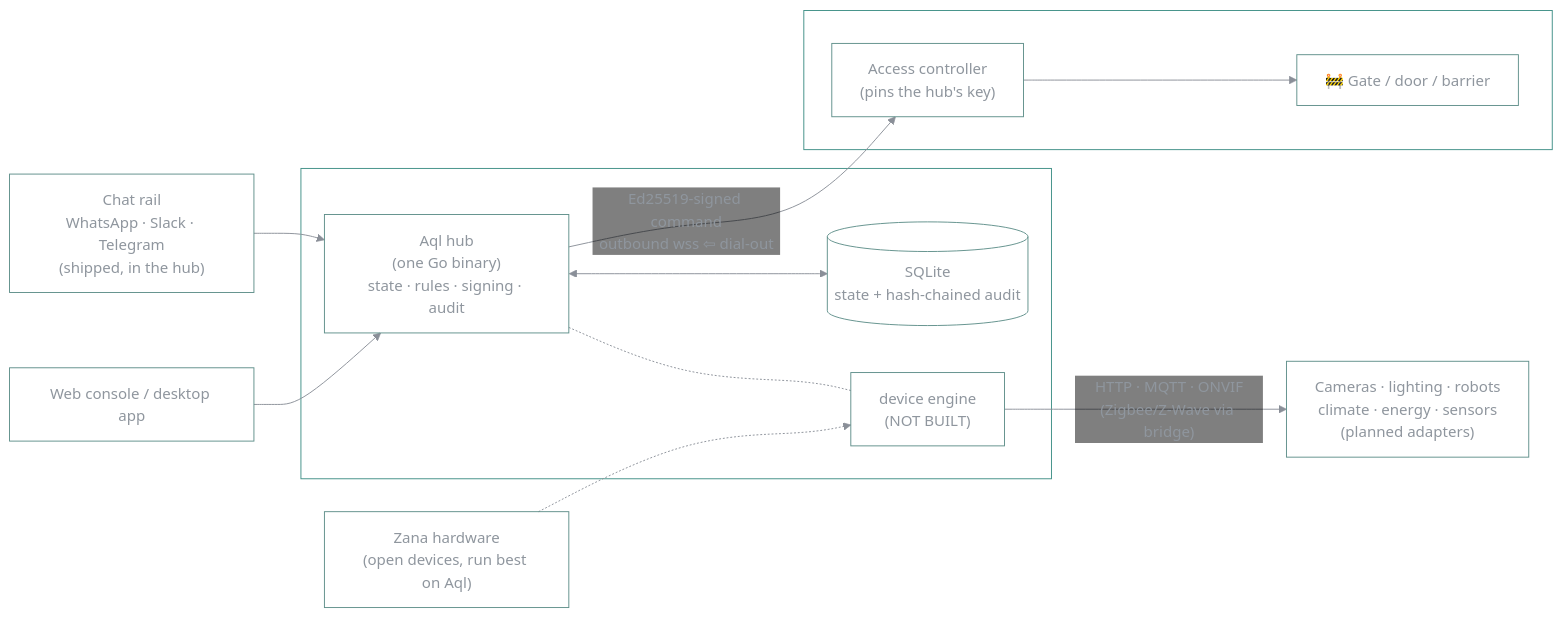
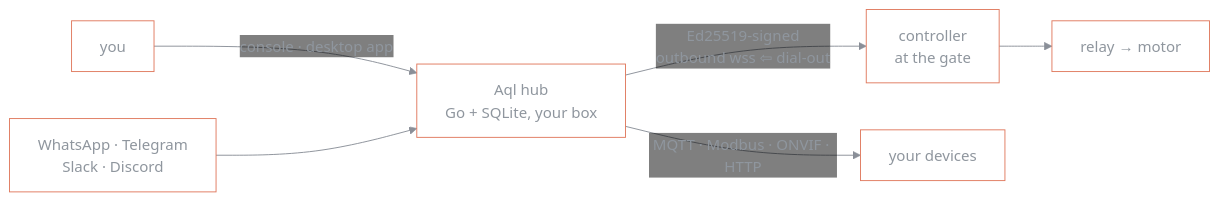
Before and after one commit to vul-os/aql: the diagram in README.md, drawn with Mermaid. The commit also changed other lines of this file and 3 other files, not shown here.

````diff
--- a/README.md
+++ b/README.md
@@ -318,25 +57,10 @@
 ```mermaid
-%%{init: {'theme':'base','themeVariables':{'fontFamily':'ui-monospace, SFMono-Regular, Menlo, monospace','primaryColor':'transparent','primaryBorderColor':'#14b8a6','primaryTextColor':'#8f969e','lineColor':'#8a8f98','nodeBorder':'#5f8f8a','edgeLabelBackground':'transparent','clusterBorder':'#3f8f86','clusterBkg':'transparent'}}}%%
+%%{init: {'theme':'base','themeVariables':{'fontFamily':'ui-monospace, SFMono-Regular, Menlo, monospace','primaryColor':'transparent','primaryBorderColor':'#D0471F','primaryTextColor':'#8f969e','lineColor':'#8a8f98','nodeBorder':'#E07A5F','edgeLabelBackground':'transparent'}}}%%
 flowchart LR
-    chat["Chat rail<br/>WhatsApp · Slack · Telegram<br/>(shipped, in the hub)"]
-    console["Web console / desktop app"]
-    subgraph box["your box"]
-        hub["Aql hub<br/>(one Go binary)<br/>state · rules · signing · audit"]
-        db[("SQLite<br/>state + hash-chained audit")]
-        eng["device engine<br/>(NOT BUILT)"]
-        hub <--> db
-        hub -.- eng
-    end
-    subgraph edge["your devices"]
-        ctl["Access controller<br/>(pins the hub's key)"]
-        motor["🚧 Gate / door / barrier"]
-        ctl --> motor
-    end
-    future["Cameras · lighting · robots<br/>climate · energy · sensors<br/>(planned adapters)"]
-    chat --> hub
-    console --> hub
-    hub -->|"Ed25519-signed command<br/>outbound wss ⇦ dial-out"| ctl
-    eng -->|"HTTP · MQTT · ONVIF<br/>(Zigbee/Z-Wave via bridge)"| future
-    zana["Zana hardware<br/>(open devices, run best on Aql)"]
-    zana -.-> eng
+    you["you"] -->|console · desktop app| hub
+    chat["WhatsApp · Telegram<br/>Slack · Discord"] --> hub
+    hub["Aql hub<br/>Go + SQLite, your box"]
+    hub -->|"Ed25519-signed<br/>outbound wss ⇦ dial-out"| ctl["controller<br/>at the gate"]
+    hub -->|"MQTT · Modbus · ONVIF · HTTP"| dev["your devices"]
+    ctl --> gate["relay → motor"]
 ```
````
